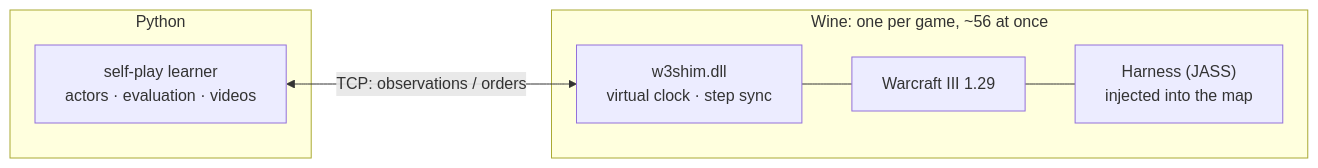
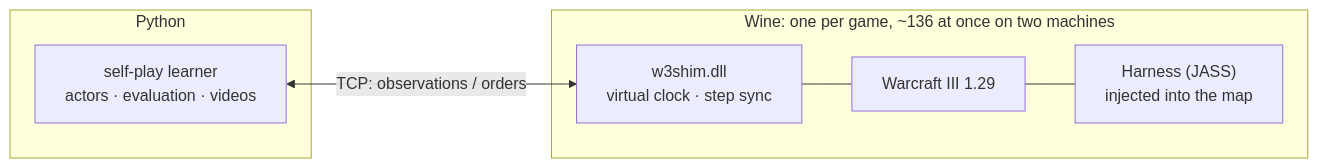
The third of 6 diagrams in README.md (RobinKa/warcraftsim), drawn with Mermaid before and after one commit. The commit also changed other lines of this file and 7 other files, not shown here.

````diff
--- a/README.md
+++ b/README.md
@@ -27,14 +37,14 @@
 ```mermaid
 flowchart LR
   subgraph PY["Python"]
     API["self-play learner<br/>actors · evaluation · videos"]
   end
-  subgraph WINE["Wine: one per game, ~56 at once"]
+  subgraph WINE["Wine: one per game, ~136 at once on two machines"]
     SHIM["w3shim.dll<br/>virtual clock · step sync"]
     GAME["Warcraft III 1.29"]
     HAR["Harness (JASS)<br/>injected into the map"]
     GAME --- HAR
     SHIM --- GAME
   end
   API <-- "TCP: observations / orders" --> SHIM
 ```
````
